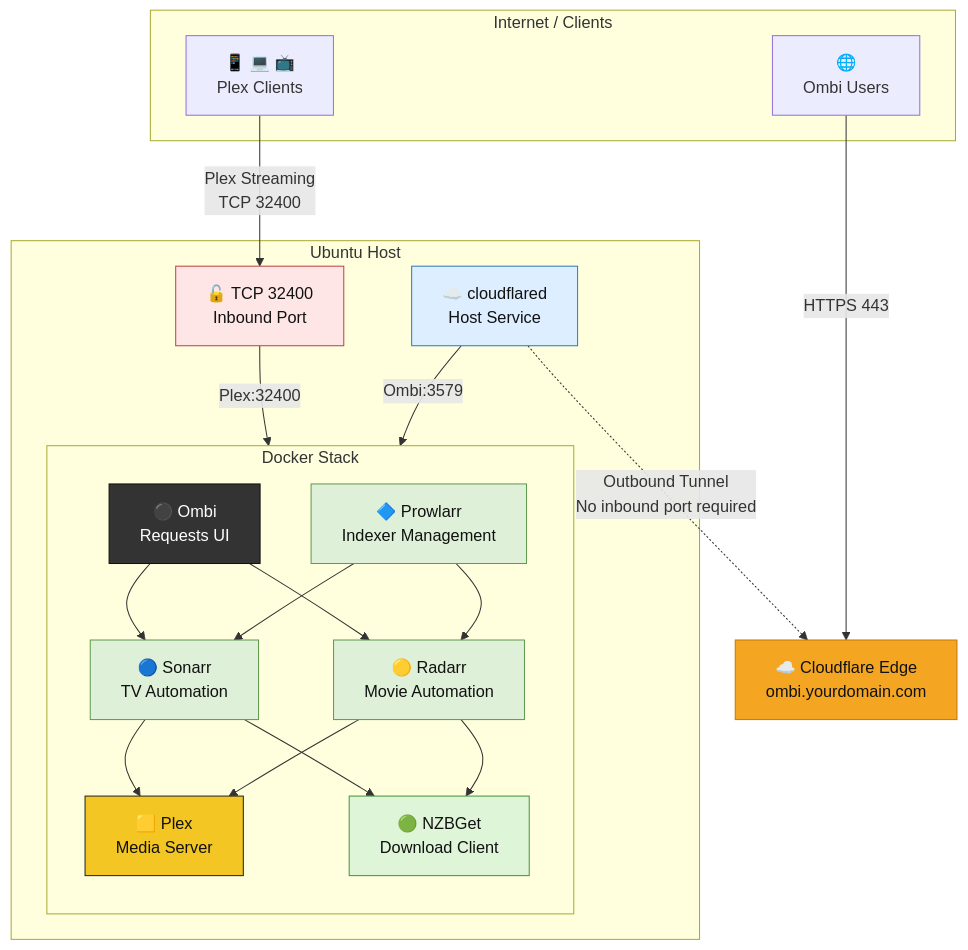
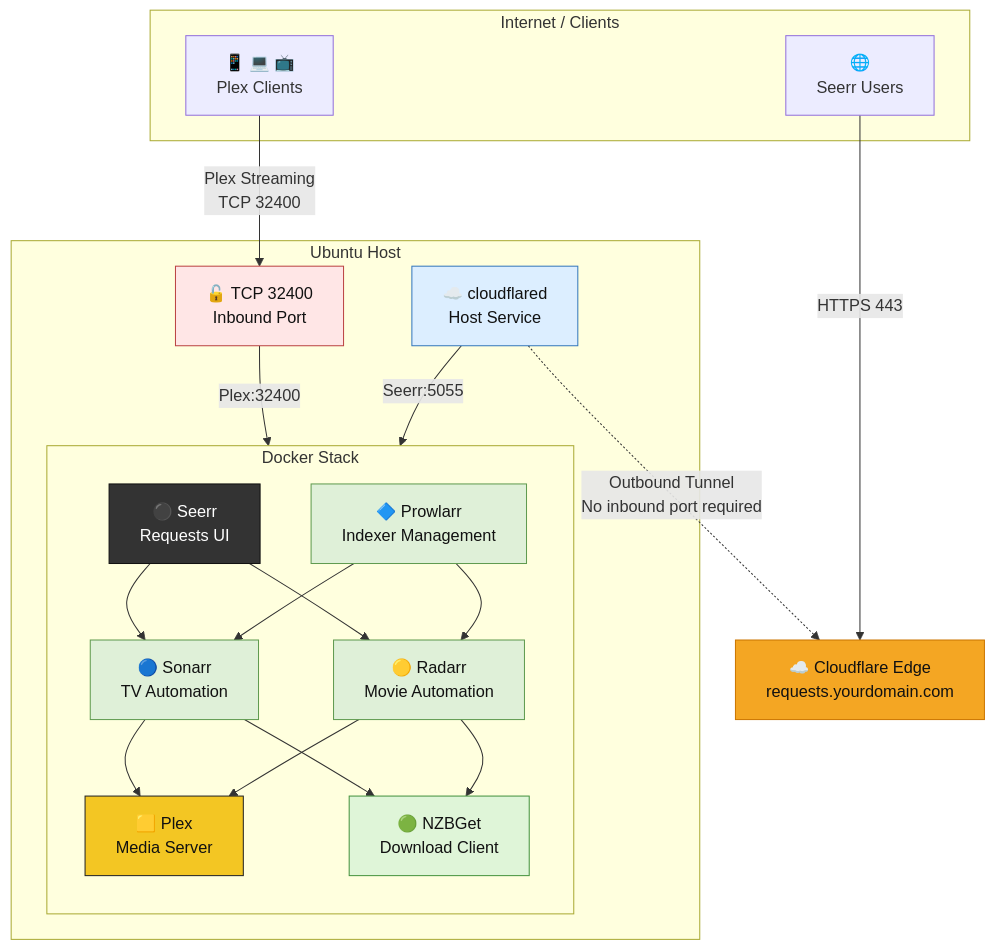
The diagram in README.md (GavinEke/DockerUsenetStack), drawn with Mermaid before and after one commit.

Commit message:
Replace Ombi with Seerr

```diff
--- a/README.md
+++ b/README.md
@@ -7,12 +7,12 @@
 
     subgraph Internet["Internet / Clients"]
         PlexClients["📱 💻 📺<br/>Plex Clients"]
-        OmbiUsers["🌐<br/>Ombi Users"]
+        SeerrUsers["🌐<br/>Seerr Users"]
     end
 
-    Cloudflare["☁️ Cloudflare Edge<br/>ombi.yourdomain.com"]
+    Cloudflare["☁️ Cloudflare Edge<br/>requests.yourdomain.com"]
 
-    OmbiUsers -->|"HTTPS 443"| Cloudflare
+    SeerrUsers -->|"HTTPS 443"| Cloudflare
 
 
     %% =========================================================
@@ -29,15 +29,15 @@
             direction TB
             
             Plex["🟨 Plex<br/>Media Server"]
-            Ombi["⚫ Ombi<br/>Requests UI"]
+            Seerr["⚫ Seerr<br/>Requests UI"]
             Sonarr["🔵 Sonarr<br/>TV Automation"]
             Radarr["🟡 Radarr<br/>Movie Automation"]
             Prowlarr["🔷 Prowlarr<br/>Indexer Management"]
             NZBGet["🟢 NZBGet<br/>Download Client"]
 
             %% API FLOWS
-            Ombi --> Sonarr
-            Ombi --> Radarr
+            Seerr --> Sonarr
+            Seerr --> Radarr
 
             Sonarr --> NZBGet
             Sonarr --> Plex
@@ -51,7 +51,7 @@
 
         PlexPort -->|"Plex:32400"| Plex
 
-        Cloudflared -->|"Ombi:3579"| Ombi
+        Cloudflared -->|"Seerr:5055"| Seerr
     end
 
 
@@ -69,7 +69,7 @@
     %% =========================================================
 
     classDef plex fill:#f3c623,stroke:#222,color:#111;
-    classDef ombi fill:#333,stroke:#111,color:#fff;
+    classDef seerr fill:#333,stroke:#111,color:#fff;
     classDef arr fill:#dff0d8,stroke:#609b50,color:#111;
     classDef nzb fill:#dff5d8,stroke:#45933f,color:#111;
     classDef cloud fill:#f4a623,stroke:#cc7600,color:#111;
@@ -77,7 +77,7 @@
     classDef port fill:#ffe6e6,stroke:#bb4444,color:#111;
 
     class Plex plex;
-    class Ombi ombi;
+    class Seerr seerr;
     class Sonarr,Radarr,Prowlarr arr;
     class NZBGet nzb;
     class Cloudflare cloud;
```
